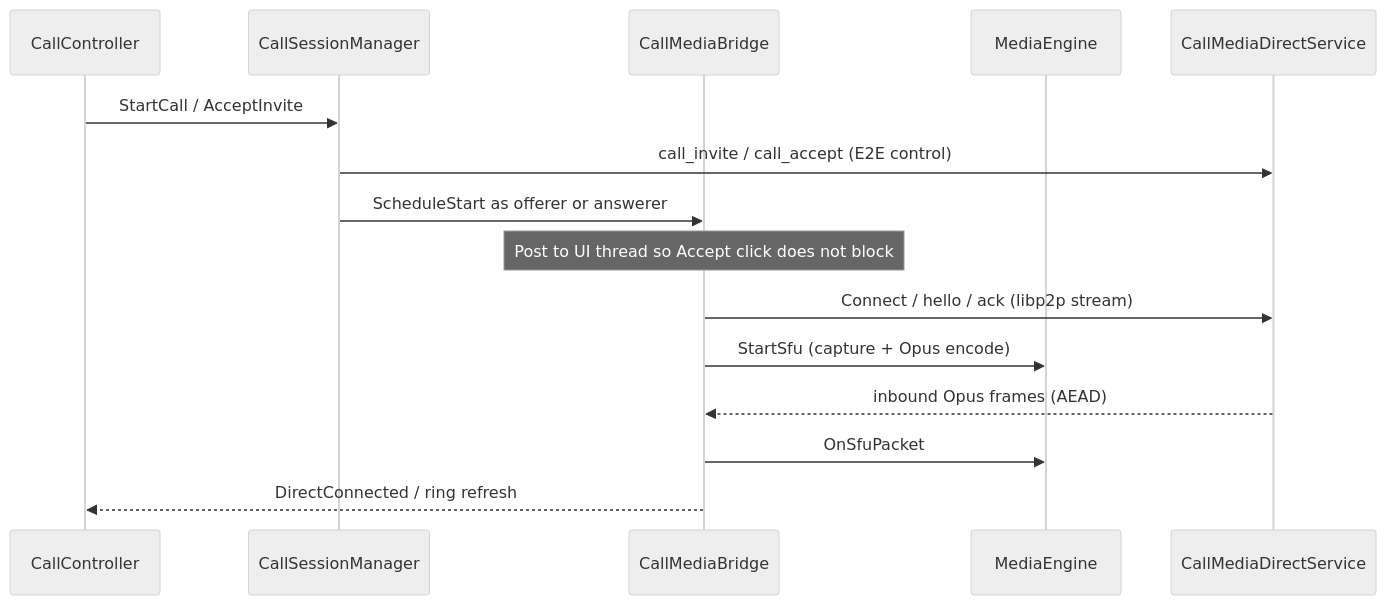
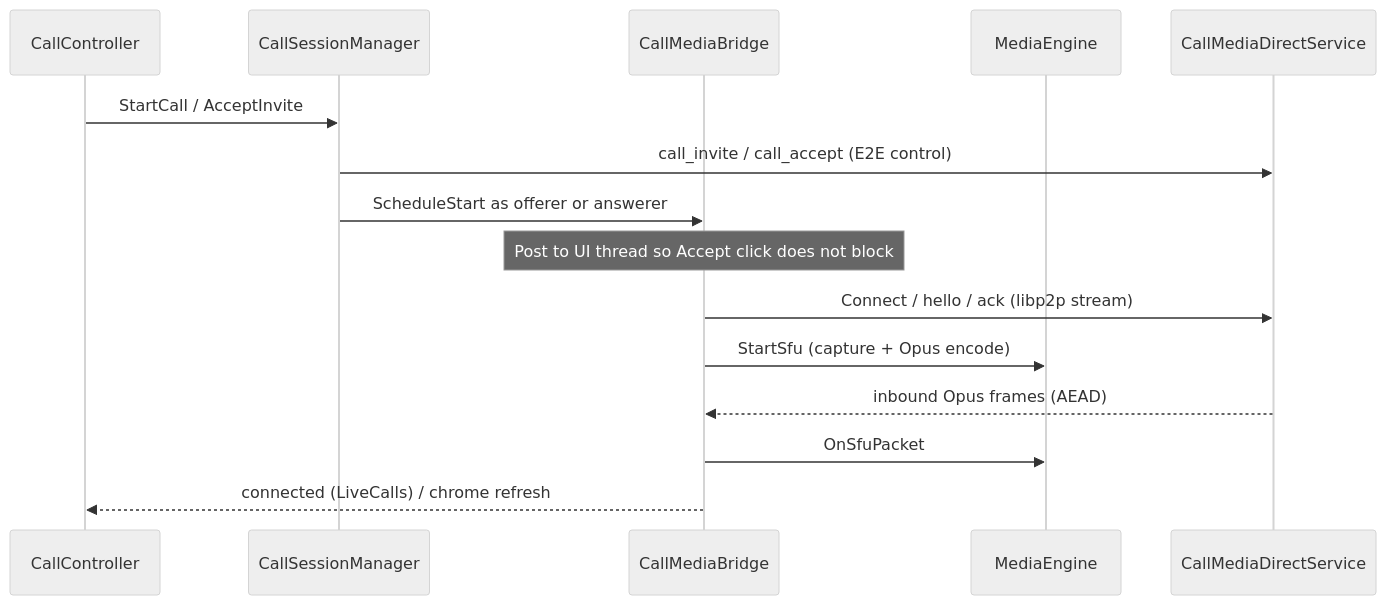
The third of 4 diagrams in docs/architecture/CALLS.md (people-post/pp-browser), drawn with Mermaid (neutral theme) before and after one commit. The commit also changed other lines of this file and 34 other files, not shown here.

````diff
--- a/docs/architecture/CALLS.md
+++ b/docs/architecture/CALLS.md
@@ -255,18 +255,18 @@
 ```mermaid
 sequenceDiagram
   participant UI as CallController
   participant CSM as CallSessionManager
   participant L2P as CallMediaBridge
   participant Eng as MediaEngine
   participant DM as CallMediaDirectService
 
   UI->>CSM: StartCall / AcceptInvite
   CSM->>DM: call_invite / call_accept (E2E control)
   CSM->>L2P: ScheduleStart as offerer or answerer
   Note over L2P: Post to UI thread so Accept click does not block
   L2P->>DM: Connect / hello / ack (libp2p stream)
   L2P->>Eng: StartSfu (capture + Opus encode)
   DM-->>L2P: inbound Opus frames (AEAD)
   L2P->>Eng: OnSfuPacket
-  L2P-->>UI: DirectConnected / ring refresh
+  L2P-->>UI: connected (LiveCalls) / chrome refresh
 ```
````
